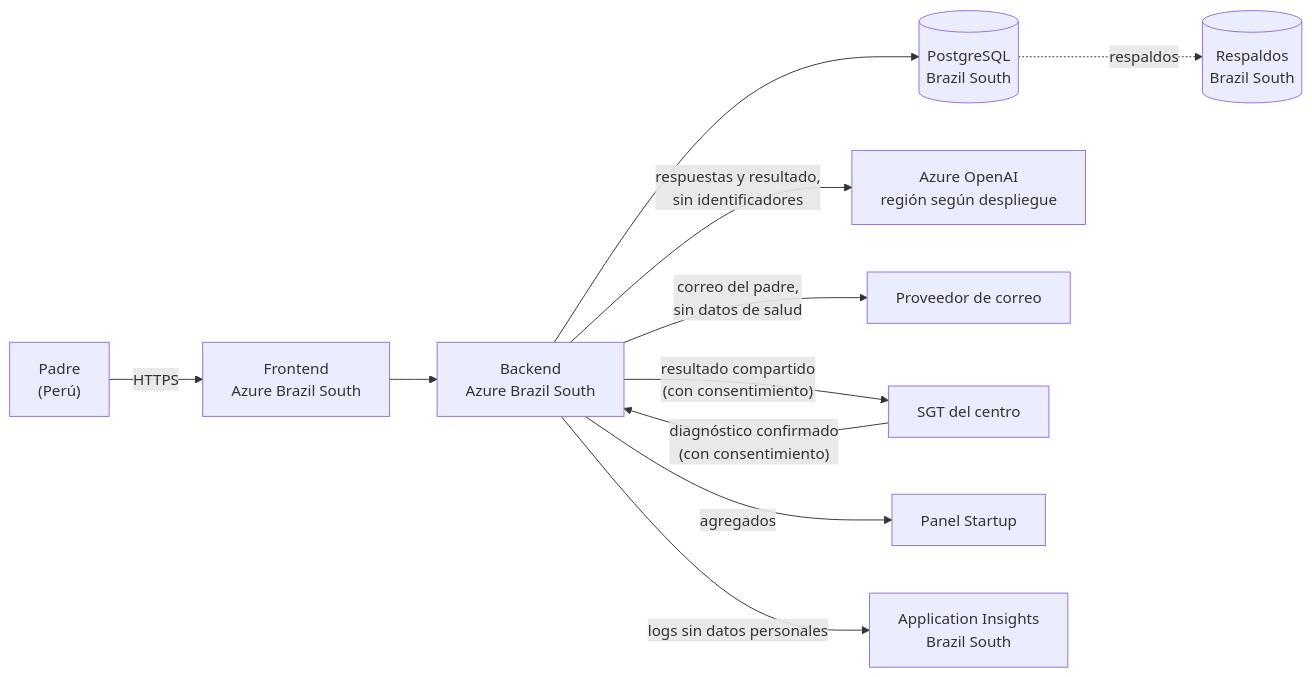
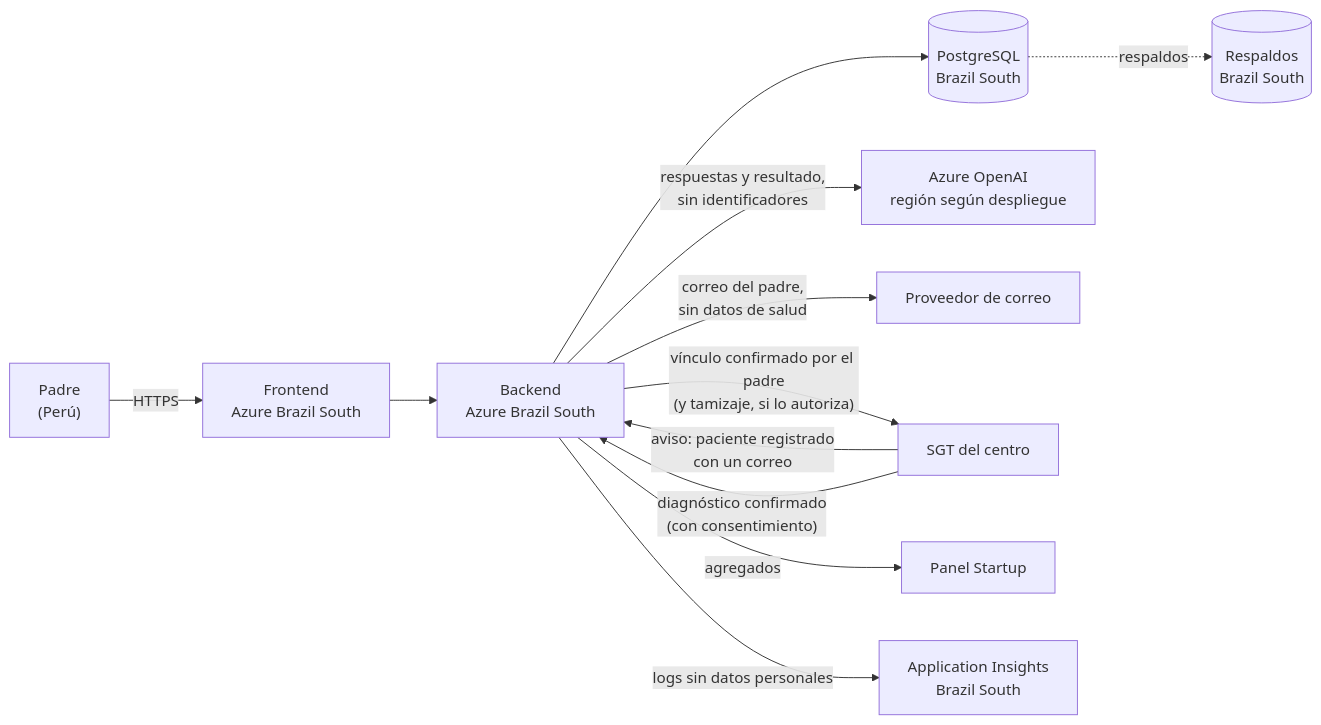
The diagram in docs/datos_y_privacidad.md (ErnestoSCL/neuroa-modelo-tamizaje), drawn with Mermaid before and after one commit. The commit also changed other lines of this file and 3 other files, not shown here.

First line of the commit message:
Vínculo padre–centro confirmado por el padre en lugar de compartir resultado

````diff
--- a/docs/datos_y_privacidad.md
+++ b/docs/datos_y_privacidad.md
@@ -144,13 +144,14 @@
 ```mermaid
 flowchart LR
     P["Padre<br>(Perú)"] -- "HTTPS" --> W["Frontend<br>Azure Brazil South"]
     W --> A["Backend<br>Azure Brazil South"]
     A --> DB[("PostgreSQL<br>Brazil South")]
     DB -. "respaldos" .-> BK[("Respaldos<br>Brazil South")]
     A -- "respuestas y resultado,<br>sin identificadores" --> L["Azure OpenAI<br>región según despliegue"]
     A -- "correo del padre,<br>sin datos de salud" --> M["Proveedor de correo"]
-    A -- "resultado compartido<br>(con consentimiento)" --> S["SGT del centro"]
+    S -- "aviso: paciente registrado<br>con un correo" --> A
+    A -- "vínculo confirmado por el padre<br>(y tamizaje, si lo autoriza)" --> S["SGT del centro"]
     S -- "diagnóstico confirmado<br>(con consentimiento)" --> A
     A -- "agregados" --> PN["Panel Startup"]
     A -- "logs sin datos personales" --> AI["Application Insights<br>Brazil South"]
 ```
````
